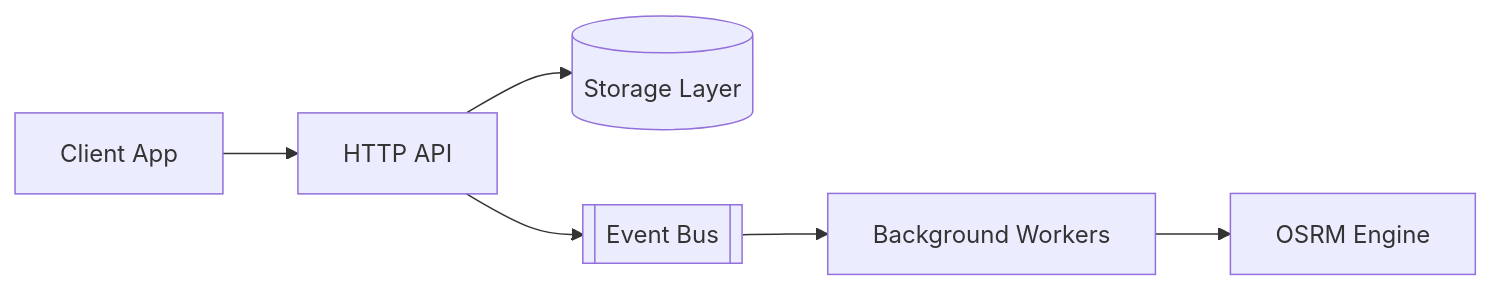
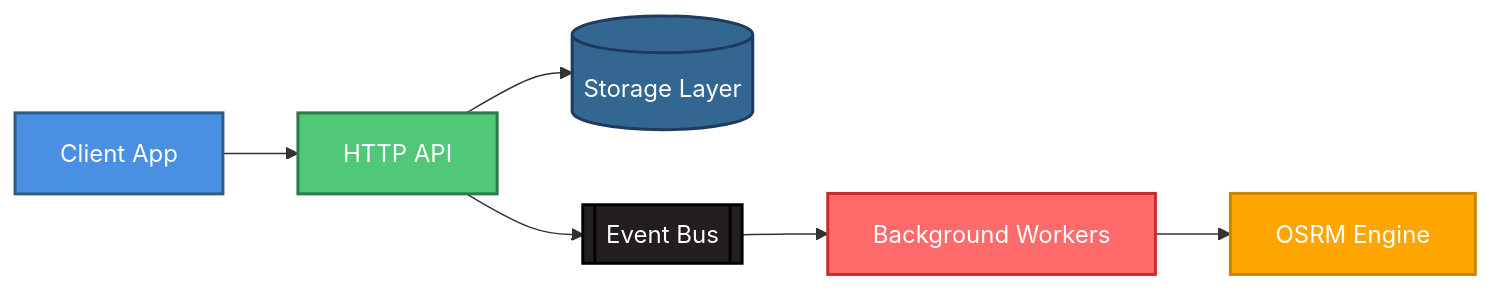
The first of 6 diagrams in README.md (RatnakirtiKamble/DeliveryGo), drawn with Mermaid before and after one commit. The commit also changed other lines of this file, not shown here.

````diff
--- a/README.md
+++ b/README.md
@@ -43,8 +43,15 @@
 ```mermaid
 flowchart LR
-    Client[Client App] --> API[HTTP API]
-    API --> Storage[(Storage Layer)]
-    API --> Events[[Event Bus]]
-    Events --> Workers[Background Workers]
-    Workers --> Routing[OSRM Engine]
+    Client[Client App]:::frontend --> API[HTTP API]:::api
+    API --> Storage[(Storage Layer)]:::postgres
+    API --> Events[[Event Bus]]:::kafka
+    Events --> Workers[Background Workers]:::worker
+    Workers --> Routing[OSRM Engine]:::osrm
+    
+    classDef frontend fill:#4A90E2,stroke:#2E5C8A,stroke-width:2px,color:#fff
+    classDef api fill:#50C878,stroke:#2D7A4A,stroke-width:2px,color:#fff
+    classDef postgres fill:#336791,stroke:#1E3A5F,stroke-width:2px,color:#fff
+    classDef kafka fill:#231F20,stroke:#000,stroke-width:2px,color:#fff
+    classDef worker fill:#FF6B6B,stroke:#C92A2A,stroke-width:2px,color:#fff
+    classDef osrm fill:#FFA500,stroke:#CC8400,stroke-width:2px,color:#fff
 ```
````
